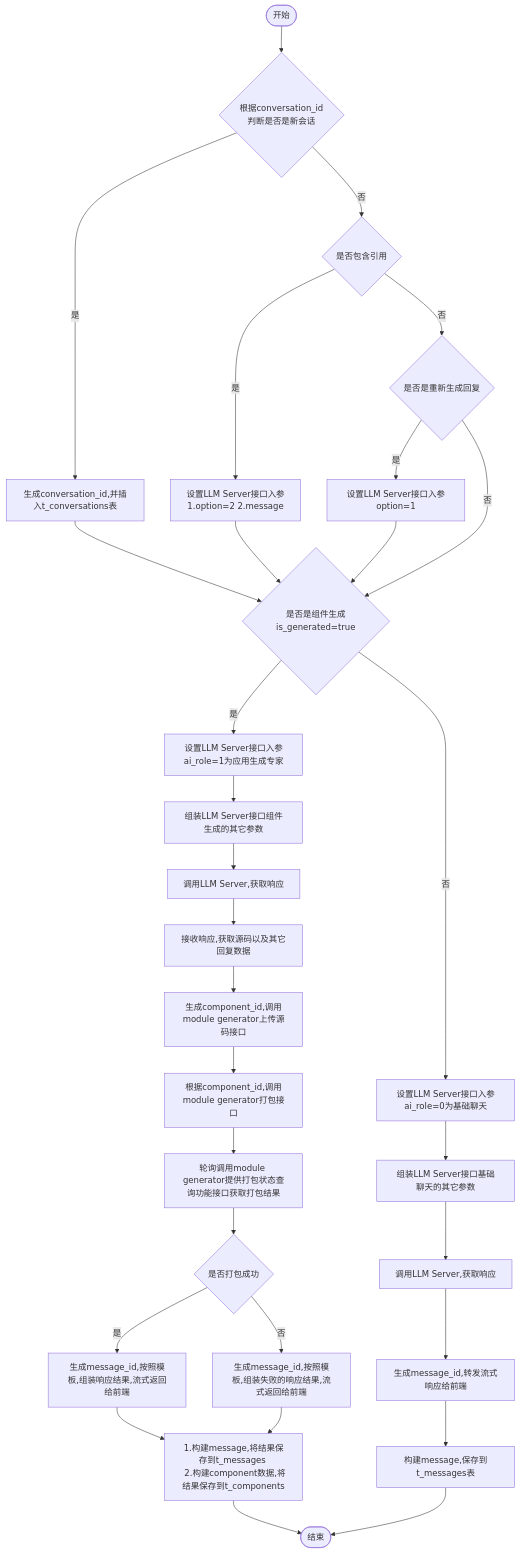
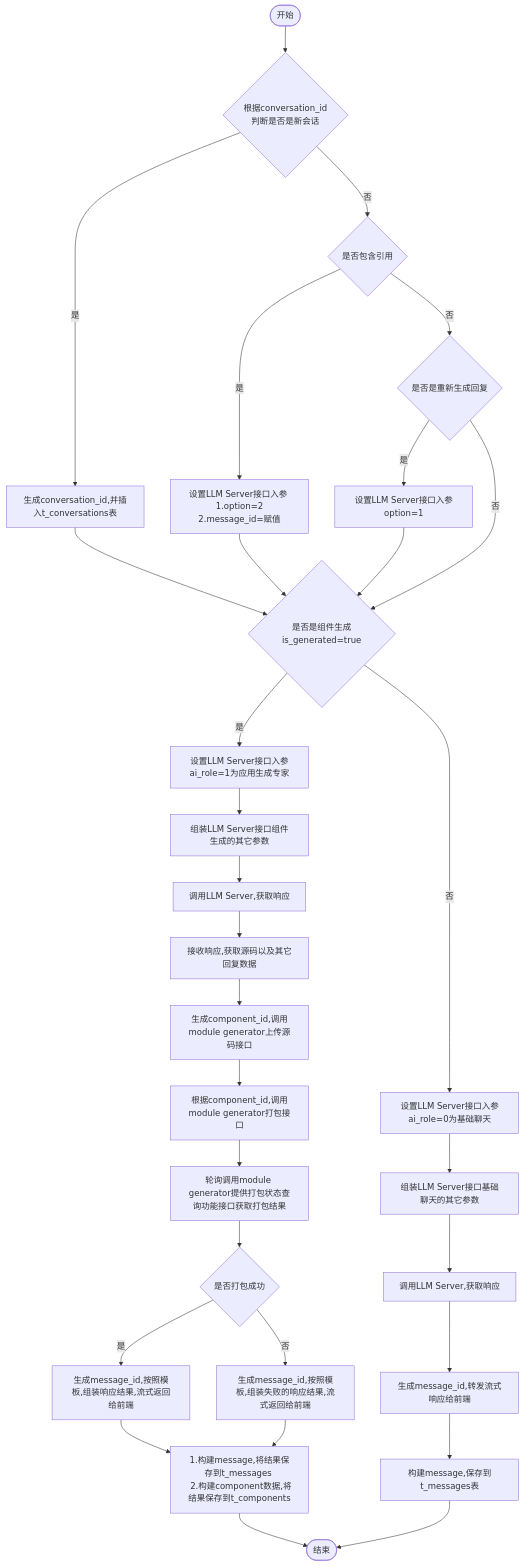
One commit to yingjianzh/iodraw-files changed the diagram in all/w3-会话-不需要传递message.md. Above: the diagram before and after it, drawn with Mermaid.

Commit message:
2024-10-14 11:12:27 update

````diff
--- a/all/w3-会话-不需要传递message.md
+++ b/all/w3-会话-不需要传递message.md
@@ -1,35 +1,35 @@
 ```mermaid
 flowchart TD
     A([开始]) --> B{根据conversation_id \n 判断是否是新会话}
     B -- 是 --> C[生成conversation_id,并插入t_conversations表]
     B -- 否 --> D{是否包含引用}
-    D -- 是 --> E[设置LLM Server接口入参 \n 1.option=2 2.message]
+    D -- 是 --> E[设置LLM Server接口入参 \n 1.option=2 2.message_id=赋值]
     D -- 否 --> F{是否是重新生成回复}
     F -- 是 --> G[设置LLM Server接口入参option=1]
     F -- 否 --> I
      
     C & E & G --> I{是否是组件生成is_generated=true}
     I -- 是 --> J[设置LLM Server接口入参ai_role=1为应用生成专家]
     I -- 否 --> K[设置LLM Server接口入参ai_role=0为基础聊天]
 
 
     J --> L[组装LLM Server接口组件生成的其它参数]    
     K --> M[组装LLM Server接口基础聊天的其它参数]    
     M --> N[调用LLM Server,获取响应]    
     N --> O[生成message_id,转发流式响应给前端]
     O --> P[构建message,保存到t_messages表]
     P --> R([结束])
 
 
     L --> S[调用LLM Server,获取响应]
     S --> T[接收响应,获取源码以及其它回复数据]
     T --> U[生成component_id,调用module generator上传源码接口]
     U --> V[根据component_id,调用module generator打包接口]
     V --> W[轮询调用module generator提供打包状态查询功能接口获取打包结果]
     W --> X{是否打包成功}
     X -- 是 --> Y[生成message_id,按照模板,组装响应结果,流式返回给前端]
     X -- 否 --> Z[生成message_id,按照模板,组装失败的响应结果,流式返回给前端]
 
     Y & Z --> Result[1.构建message,将结果保存到t_messages \n 2.构建component数据,将结果保存到t_components]
     Result --> R
 ```
````
